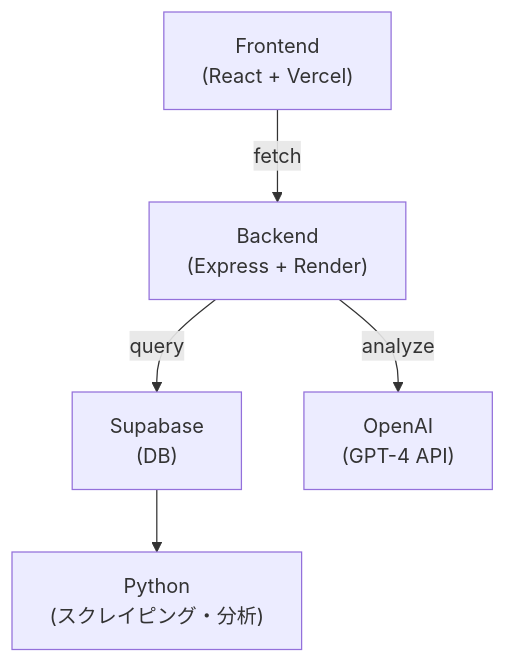
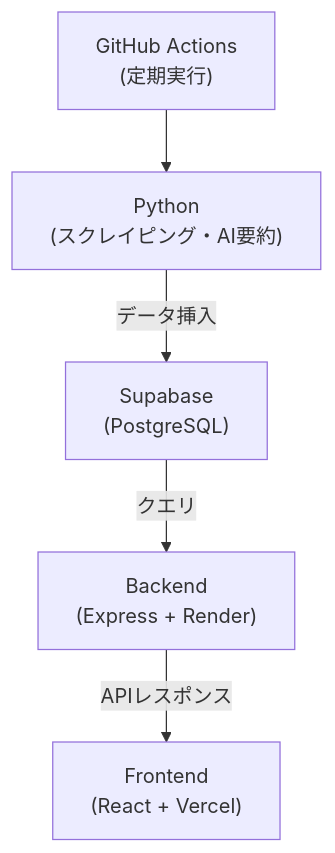
One commit to shohei9278/ai-job-dashboard changed the diagram in README.md. Above: the diagram before and after it, drawn with Mermaid. The commit also changed other lines of this file, not shown here.

````diff
--- a/README.md
+++ b/README.md
@@ -92,8 +92,9 @@
 ```mermaid
 graph TD
-  A["Frontend<br/>(React + Vercel)"]
-    -->|fetch| B["Backend<br/>(Express + Render)"]
-  B -->|query| C["Supabase<br/>(DB)"]
-  B -->|analyze| D["OpenAI<br/>(GPT-4 API)"]
-  C --> E["Python<br/>(スクレイピング・分析)"]
+G["GitHub Actions<br/>(定期実行)"]
+    --> A["Python<br/>(スクレイピング・AI要約)"]
+  A -->|データ挿入| B["Supabase<br/>(PostgreSQL)"]
+  B -->|クエリ| C["Backend<br/>(Express + Render)"]
+  C -->|APIレスポンス| D["Frontend<br/>(React + Vercel)"]
+
 ```
````
